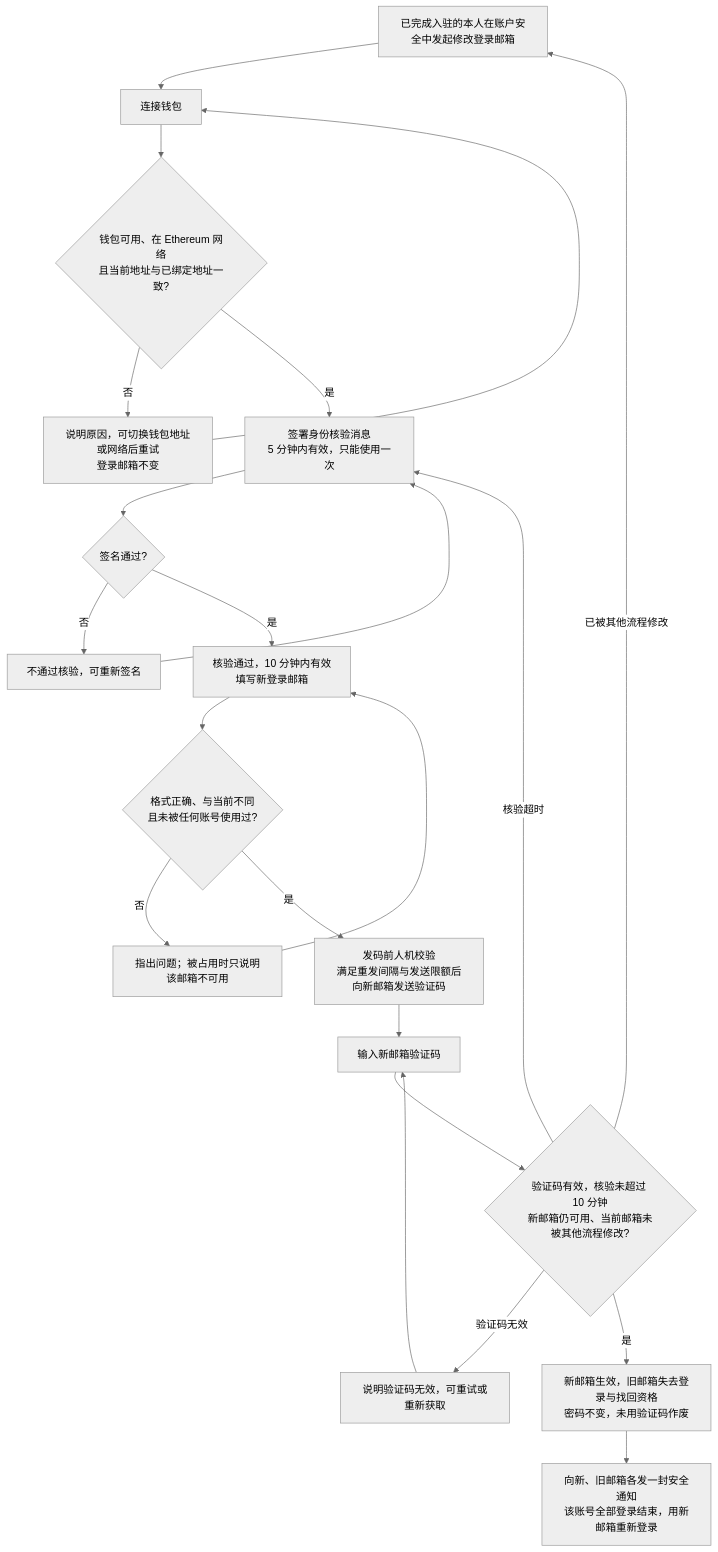
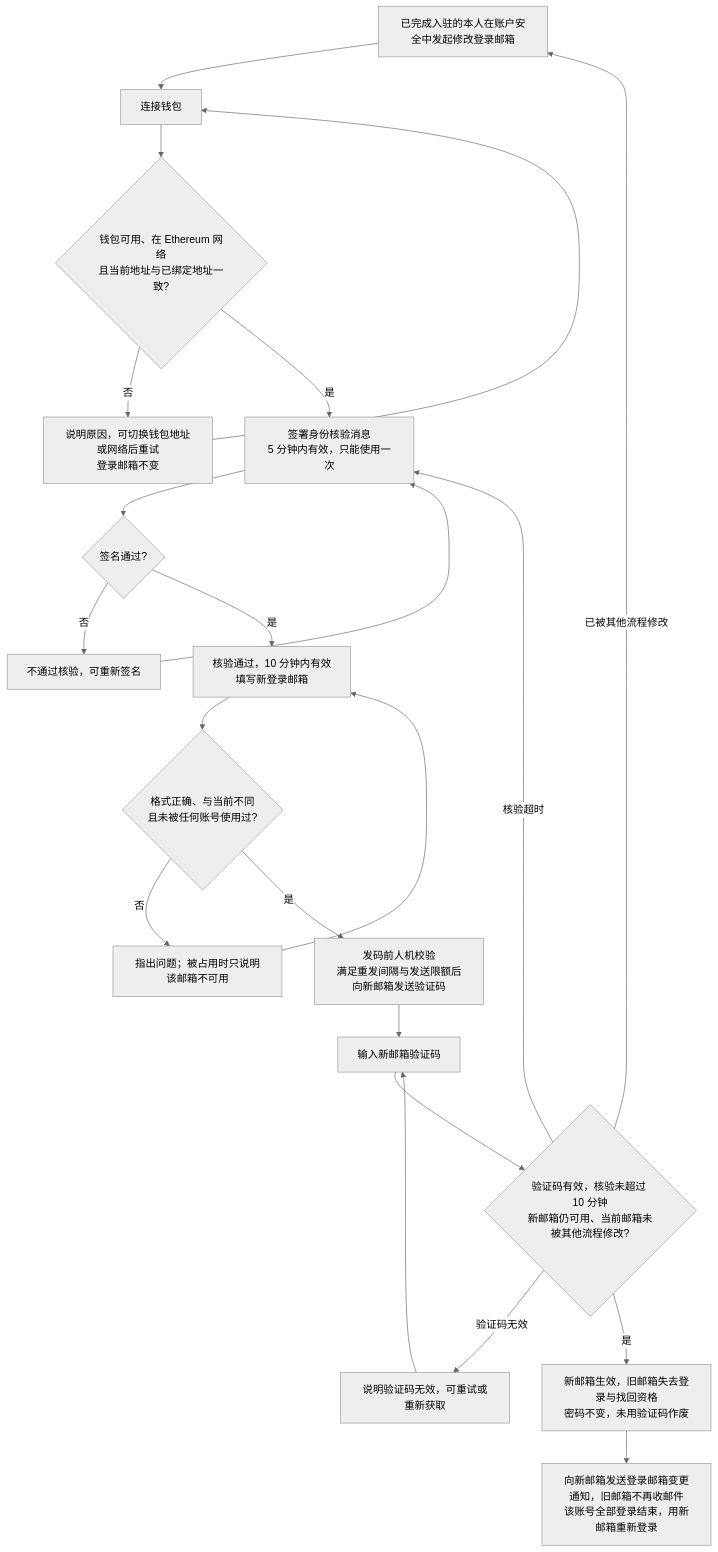
One commit to wxblockchain/Chain-Financing changed the seventh of 11 diagrams in asset-trust-platform/PRD/企业端/M1-企业登录与首次入驻/02-企业登录与首次入驻-流程图与状态机.md. Above: the diagram before and after it, drawn with Mermaid (neutral theme). The commit also changed other lines of this file and 3 other files, not shown here.

````diff
--- a/asset-trust-platform/PRD/企业端/M1-企业登录与首次入驻/02-企业登录与首次入驻-流程图与状态机.md
+++ b/asset-trust-platform/PRD/企业端/M1-企业登录与首次入驻/02-企业登录与首次入驻-流程图与状态机.md
@@ -203,24 +203,24 @@
 ```mermaid
 flowchart TD
     A[已完成入驻的本人在账户安全中发起修改登录邮箱] --> B[连接钱包]
     B --> B1{钱包可用、在 Ethereum 网络<br/>且当前地址与已绑定地址一致?}
     B1 -->|否| B2[说明原因，可切换钱包地址或网络后重试<br/>登录邮箱不变]
     B2 --> B
     B1 -->|是| C[签署身份核验消息<br/>5 分钟内有效，只能使用一次]
     C --> C1{签名通过?}
     C1 -->|否| C2[不通过核验，可重新签名]
     C2 --> C
     C1 -->|是| D[核验通过，10 分钟内有效<br/>填写新登录邮箱]
     D --> D1{格式正确、与当前不同<br/>且未被任何账号使用过?}
     D1 -->|否| D2[指出问题；被占用时只说明该邮箱不可用]
     D2 --> D
     D1 -->|是| E[发码前人机校验<br/>满足重发间隔与发送限额后向新邮箱发送验证码]
     E --> F[输入新邮箱验证码]
     F --> F1{验证码有效，核验未超过 10 分钟<br/>新邮箱仍可用、当前邮箱未被其他流程修改?}
     F1 -->|验证码无效| F2[说明验证码无效，可重试或重新获取]
     F2 --> F
     F1 -->|核验超时| C
     F1 -->|已被其他流程修改| A
     F1 -->|是| G[新邮箱生效，旧邮箱失去登录与找回资格<br/>密码不变，未用验证码作废]
-    G --> H[向新、旧邮箱各发一封安全通知<br/>该账号全部登录结束，用新邮箱重新登录]
+    G --> H[向新邮箱发送登录邮箱变更通知，旧邮箱不再收邮件<br/>该账号全部登录结束，用新邮箱重新登录]
 ```
````
